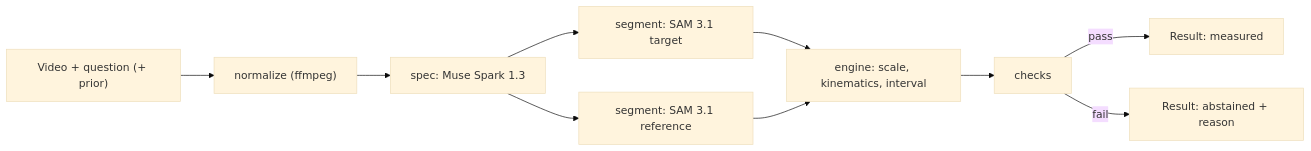
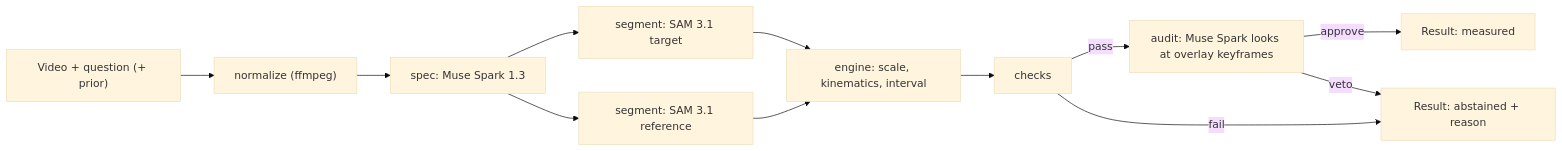
One commit to eka1357/caliper changed the first of 2 diagrams in docs/ARCHITECTURE.md. Above: the diagram before and after it, drawn with Mermaid (base theme). The commit also changed other lines of this file and 16 other files, not shown here.

````diff
--- a/docs/ARCHITECTURE.md
+++ b/docs/ARCHITECTURE.md
@@ -7,12 +7,14 @@
 ```mermaid
 graph LR
   A["Video + question (+ prior)"] --> B["normalize (ffmpeg)"]
   B --> C["spec: Muse Spark 1.3"]
   C --> D["segment: SAM 3.1 target"]
   C --> E["segment: SAM 3.1 reference"]
   D --> F["engine: scale, kinematics, interval"]
   E --> F
   F --> G["checks"]
-  G -->|pass| H["Result: measured"]
+  G -->|pass| J["audit: Muse Spark looks at overlay keyframes"]
   G -->|fail| I["Result: abstained + reason"]
+  J -->|approve| H["Result: measured"]
+  J -->|veto| I
 ```
````
